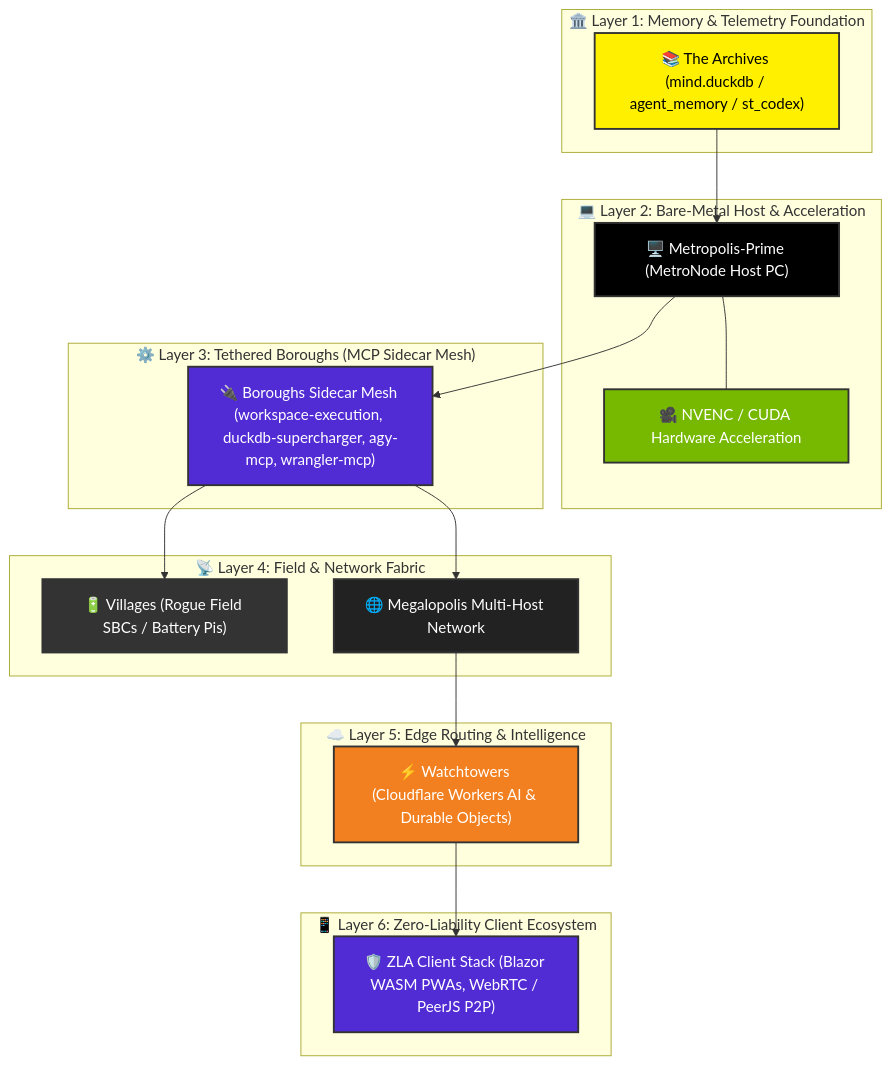
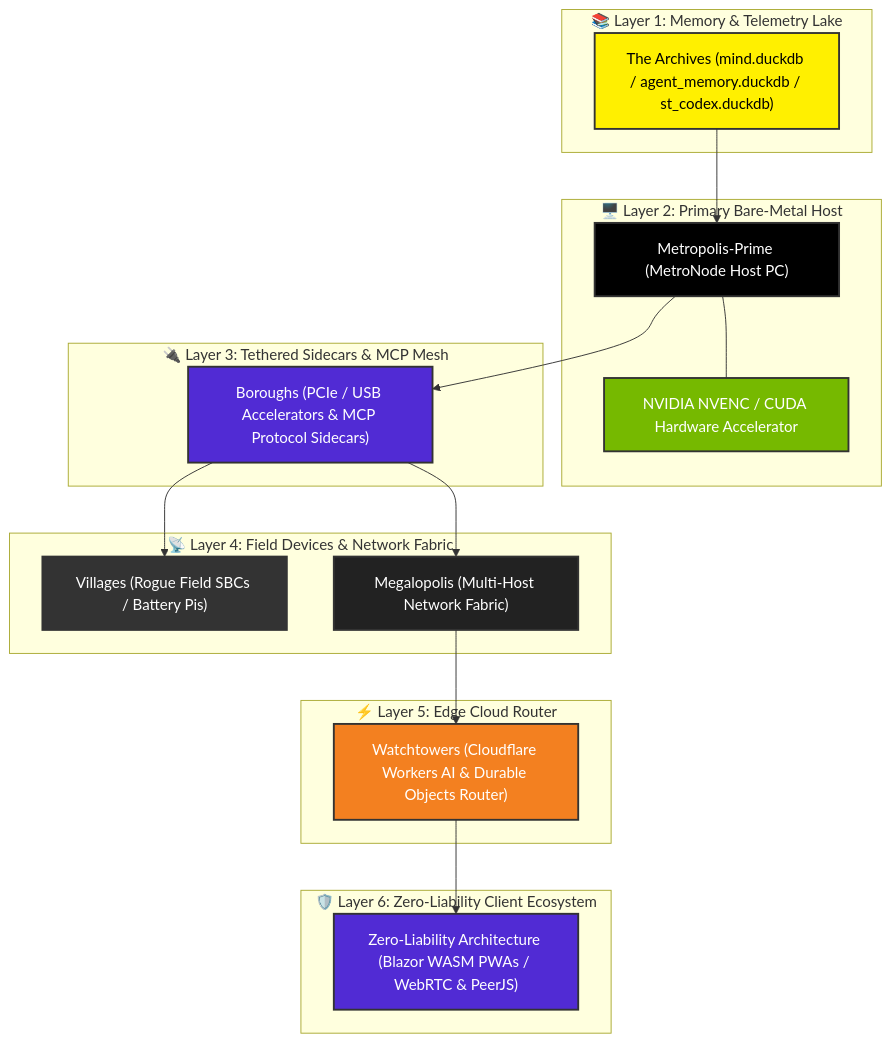
Before and after one commit to yavru421/dondlingergc.github.io: the diagram in README.md, drawn with Mermaid. The commit also changed other lines of this file, not shown here.

Commit message:
docs: map ground-truth canonical Metropolis naming conventions (MetroNode, Boroughs, Villages, Megalopolis, Watchtowers, The Archives)

````diff
--- a/README.md
+++ b/README.md
@@ -21,45 +21,45 @@
 ```mermaid
 flowchart TD
-    subgraph L1["🏛️ Layer 1: Memory & Telemetry Foundation"]
-        Archives["📚 The Archives (mind.duckdb / agent_memory / st_codex)"]
+    subgraph L1["📚 Layer 1: Memory & Telemetry Lake"]
+        Archives["The Archives (mind.duckdb / agent_memory.duckdb / st_codex.duckdb)"]
     end
 
-    subgraph L2["💻 Layer 2: Bare-Metal Host & Acceleration"]
-        MetroNode["🖥️ Metropolis-Prime (MetroNode Host PC)"]
-        GPU["🎥 NVENC / CUDA Hardware Acceleration"]
+    subgraph L2["🖥️ Layer 2: Primary Bare-Metal Host"]
+        MetroNode["Metropolis-Prime (MetroNode Host PC)"]
+        GPU["NVIDIA NVENC / CUDA Hardware Accelerator"]
         MetroNode --- GPU
     end
 
-    subgraph L3["⚙️ Layer 3: Tethered Boroughs (MCP Sidecar Mesh)"]
-        Boroughs["🔌 Boroughs Sidecar Mesh (workspace-execution, duckdb-supercharger, agy-mcp, wrangler-mcp)"]
+    subgraph L3["🔌 Layer 3: Tethered Sidecars & MCP Mesh"]
+        Boroughs["Boroughs (PCIe / USB Accelerators & MCP Protocol Sidecars)"]
     end
 
-    subgraph L4["📡 Layer 4: Field & Network Fabric"]
-        Villages["🔋 Villages (Rogue Field SBCs / Battery Pis)"]
-        Megalopolis["🌐 Megalopolis Multi-Host Network"]
+    subgraph L4["📡 Layer 4: Field Devices & Network Fabric"]
+        Villages["Villages (Rogue Field SBCs / Battery Pis)"]
+        Megalopolis["Megalopolis (Multi-Host Network Fabric)"]
     end
 
-    subgraph L5["☁️ Layer 5: Edge Routing & Intelligence"]
-        Watchtowers["⚡ Watchtowers (Cloudflare Workers AI & Durable Objects)"]
+    subgraph L5["⚡ Layer 5: Edge Cloud Router"]
+        Watchtowers["Watchtowers (Cloudflare Workers AI & Durable Objects Router)"]
     end
 
-    subgraph L6["📱 Layer 6: Zero-Liability Client Ecosystem"]
-        ZLA["🛡️ ZLA Client Stack (Blazor WASM PWAs, WebRTC / PeerJS P2P)"]
+    subgraph L6["🛡️ Layer 6: Zero-Liability Client Ecosystem"]
+        ZLA["Zero-Liability Architecture (Blazor WASM PWAs / WebRTC & PeerJS)"]
     end
 
     Archives --> MetroNode
     MetroNode --> Boroughs
     Boroughs --> Villages
     Boroughs --> Megalopolis
     Megalopolis --> Watchtowers
     Watchtowers --> ZLA
 
     style Archives fill:#FFF000,color:#000,stroke:#333,stroke-width:2px
     style MetroNode fill:#000000,color:#fff,stroke:#333,stroke-width:2px
     style GPU fill:#76B900,color:#fff,stroke:#333,stroke-width:2px
     style Boroughs fill:#512BD4,color:#fff,stroke:#333,stroke-width:2px
     style Villages fill:#333333,color:#fff,stroke:#333,stroke-width:2px
     style Megalopolis fill:#222222,color:#fff,stroke:#333,stroke-width:2px
     style Watchtowers fill:#F38020,color:#fff,stroke:#333,stroke-width:2px
     style ZLA fill:#512BD4,color:#fff,stroke:#333,stroke-width:2px
 ```
````
